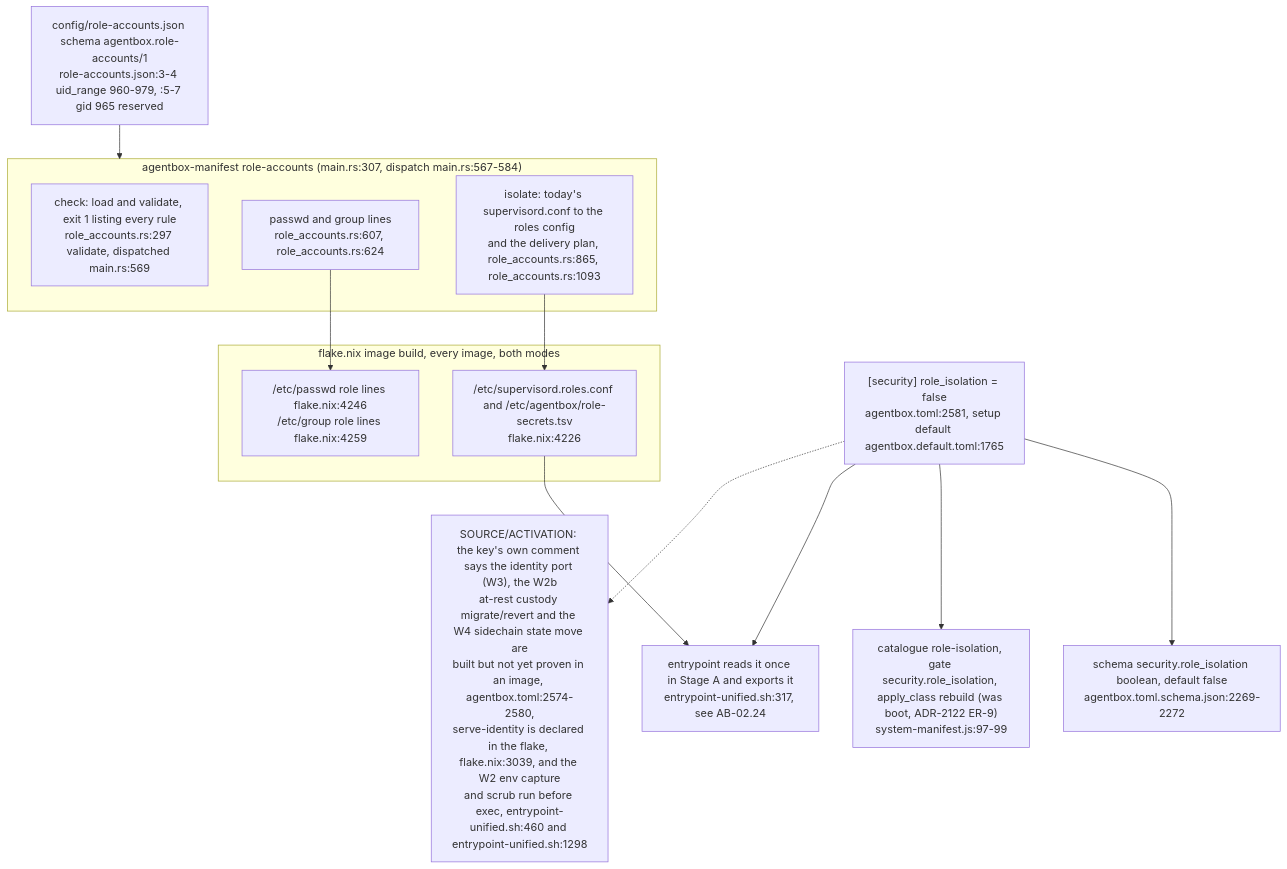
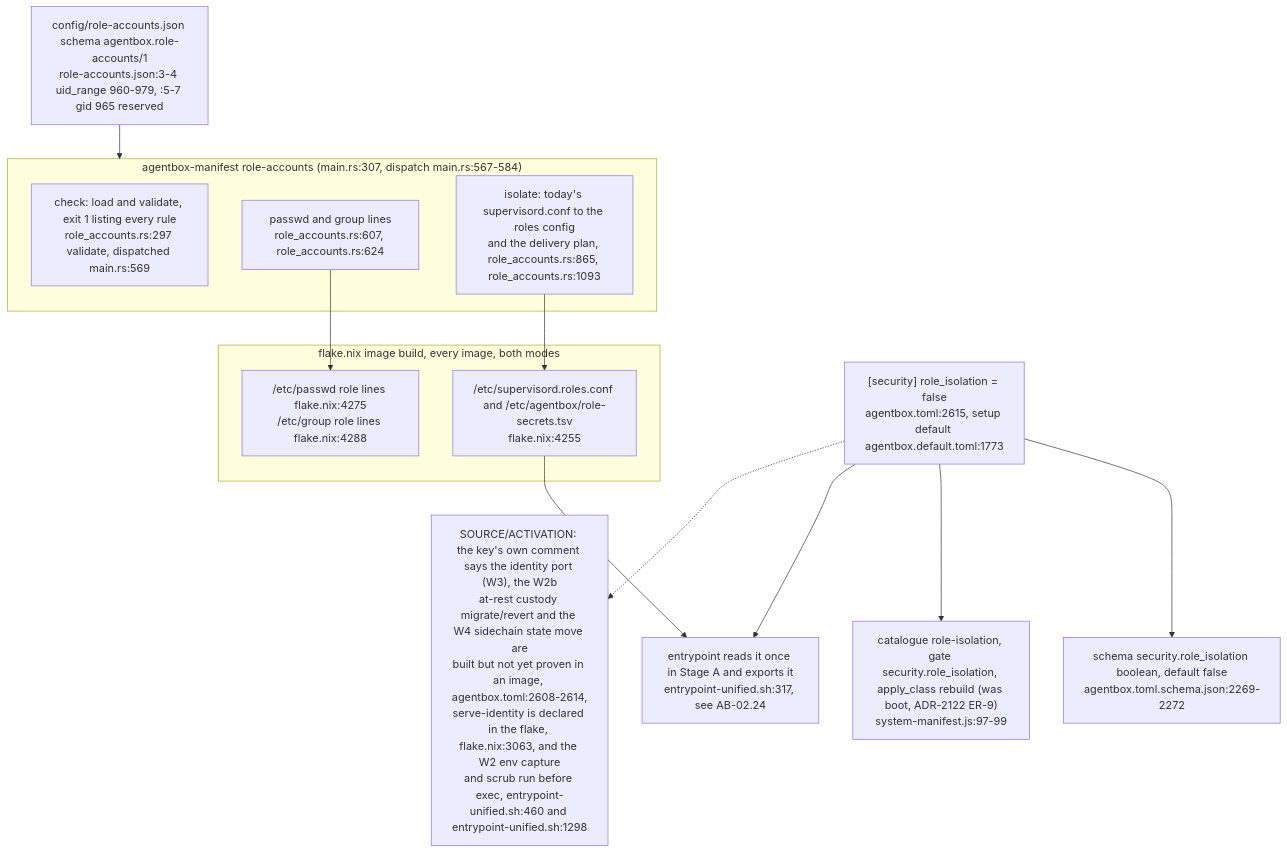
One commit to DreamLab-AI/VisionFlow changed diagram 15 of 16 in docs/diagrams/agentbox/05-manifest-gates-and-cli.md. Above: the diagram before and after it, drawn with Mermaid. The commit also changed other lines of this file, not shown here.

First line of the commit message:
diagrams(agentbox): re-verify AB-05 at agentbox 59b1aca

````diff
--- a/docs/diagrams/agentbox/05-manifest-gates-and-cli.md
+++ b/docs/diagrams/agentbox/05-manifest-gates-and-cli.md
@@ -552,25 +552,25 @@
 ```mermaid
 flowchart TB
-    KEY["[security] role_isolation = false<br/>agentbox.toml:2581, setup default agentbox.default.toml:1765"]
+    KEY["[security] role_isolation = false<br/>agentbox.toml:2615, setup default agentbox.default.toml:1773"]
     SCH["schema security.role_isolation boolean, default false<br/>agentbox.toml.schema.json:2269-2272"]
     CATE["catalogue role-isolation, gate security.role_isolation, apply_class rebuild (was boot, ADR-2122 ER-9)<br/>system-manifest.js:97-99"]
     TBL["config/role-accounts.json schema agentbox.role-accounts/1<br/>role-accounts.json:3-4 uid_range 960-979, :5-7 gid 965 reserved"]
     subgraph CLI["agentbox-manifest role-accounts (main.rs:307, dispatch main.rs:567-584)"]
         CHK["check: load and validate, exit 1 listing every rule<br/>role_accounts.rs:297 validate, dispatched main.rs:569"]
         PW["passwd and group lines<br/>role_accounts.rs:607, role_accounts.rs:624"]
         ISO["isolate: today's supervisord.conf to the roles config<br/>and the delivery plan, role_accounts.rs:865, role_accounts.rs:1093"]
     end
     subgraph BUILD["flake.nix image build, every image, both modes"]
-        B1["/etc/supervisord.roles.conf and /etc/agentbox/role-secrets.tsv<br/>flake.nix:4226"]
-        B2["/etc/passwd role lines flake.nix:4246<br/>/etc/group role lines flake.nix:4259"]
+        B1["/etc/supervisord.roles.conf and /etc/agentbox/role-secrets.tsv<br/>flake.nix:4255"]
+        B2["/etc/passwd role lines flake.nix:4275<br/>/etc/group role lines flake.nix:4288"]
     end
     BOOT["entrypoint reads it once in Stage A and exports it<br/>entrypoint-unified.sh:317, see AB-02.24"]
     KEY --> SCH
     KEY --> CATE
     KEY --> BOOT
     TBL --> CLI
     PW --> B2
     ISO --> B1
     B1 --> BOOT
-    KEY -.-> DRIFT["SOURCE/ACTIVATION: the key's own comment says the identity port (W3), the W2b<br/>at-rest custody migrate/revert and the W4 sidechain state move are<br/>built but not yet proven in an image, agentbox.toml:2574-2580,<br/>serve-identity is declared in the flake, flake.nix:3039, and the W2 env capture<br/>and scrub run before exec, entrypoint-unified.sh:460 and entrypoint-unified.sh:1298"]
+    KEY -.-> DRIFT["SOURCE/ACTIVATION: the key's own comment says the identity port (W3), the W2b<br/>at-rest custody migrate/revert and the W4 sidechain state move are<br/>built but not yet proven in an image, agentbox.toml:2608-2614,<br/>serve-identity is declared in the flake, flake.nix:3063, and the W2 env capture<br/>and scrub run before exec, entrypoint-unified.sh:460 and entrypoint-unified.sh:1298"]
 ```
````
